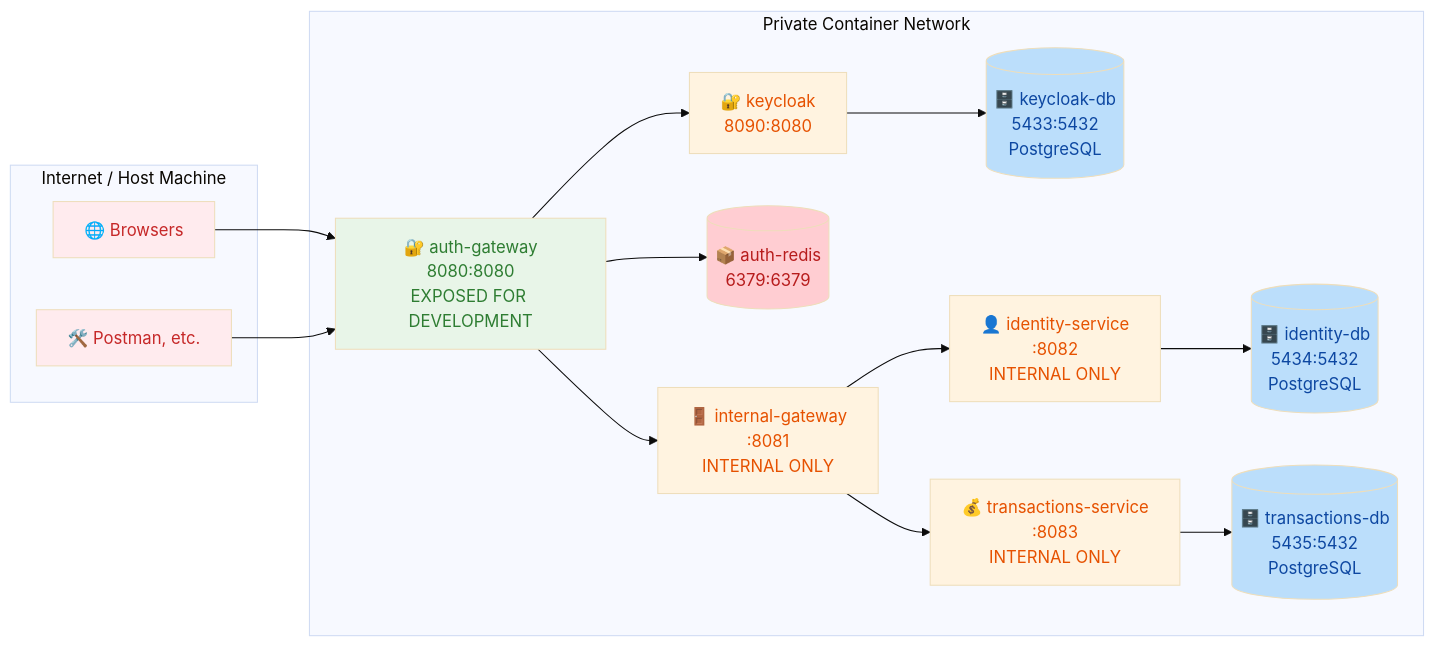
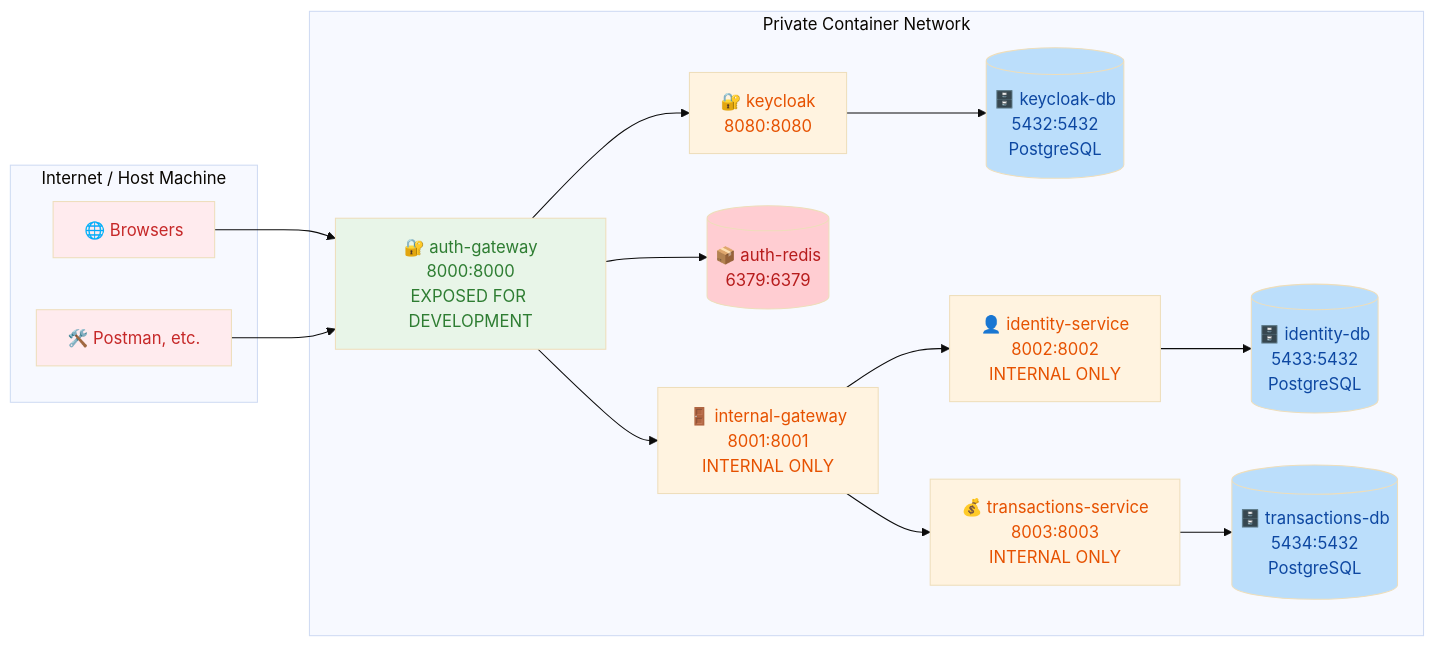
The diagram in diagrams/docker-architecture.md (beaverio/infrastructure), drawn with Mermaid (base theme) before and after one commit. The commit also changed other lines of this file, not shown here.

````diff
--- a/diagrams/docker-architecture.md
+++ b/diagrams/docker-architecture.md
@@ -7,50 +7,50 @@
 ```mermaid
 graph LR
     subgraph "Internet / Host Machine"
         Browsers[🌐 Browsers]
         DevTools[🛠️ Postman, etc.]
     end
 
     subgraph "Private Container Network"
-        AuthGateway["🔐 auth-gateway<br/>8080:8080<br/>EXPOSED FOR DEVELOPMENT"]
+        AuthGateway["🔐 auth-gateway<br/>8000:8000<br/>EXPOSED FOR DEVELOPMENT"]
 
-        Keycloak[🔐 keycloak<br/>8090:8080]
-        KeycloakDB[(🗄️ keycloak-db<br/>5433:5432<br/>PostgreSQL)]
+        Keycloak[🔐 keycloak<br/>8080:8080]
+        KeycloakDB[(🗄️ keycloak-db<br/>5432:5432<br/>PostgreSQL)]
         AuthRedis[(📦 auth-redis<br/>6379:6379)]
 
-        InternalGateway[🚪 internal-gateway<br/>:8081<br/>INTERNAL ONLY]
+        InternalGateway[🚪 internal-gateway<br/>8001:8001<br/>INTERNAL ONLY]
 
-        Identity[👤 identity-service<br/>:8082<br/>INTERNAL ONLY]
-        Transactions[💰 transactions-service<br/>:8083<br/>INTERNAL ONLY]
+        Identity[👤 identity-service<br/>8002:8002<br/>INTERNAL ONLY]
+        Transactions[💰 transactions-service<br/>8003:8003<br/>INTERNAL ONLY]
 
-        IdentityDB[(🗄️ identity-db<br/>5434:5432<br/>PostgreSQL)]
-        TransactionsDB[(🗄️ transactions-db<br/>5435:5432<br/>PostgreSQL)]
+        IdentityDB[(🗄️ identity-db<br/>5433:5432<br/>PostgreSQL)]
+        TransactionsDB[(🗄️ transactions-db<br/>5434:5432<br/>PostgreSQL)]
     end
 
     Browsers --> AuthGateway
     DevTools --> AuthGateway
 
     AuthGateway --> Keycloak
     AuthGateway --> InternalGateway
     AuthGateway --> AuthRedis
 
     InternalGateway --> Identity
     InternalGateway --> Transactions
 
     Identity --> IdentityDB
     Transactions --> TransactionsDB
 
     Keycloak --> KeycloakDB
 
     classDef internet fill:#ffebee,color:#c62828
     classDef auth fill:#e8f5e8,color:#2e7d32
     classDef internal fill:#fff3e0,color:#e65100
     classDef database fill:#bbdefb,color:#0d47a1
     classDef cache fill:#ffcdd2,color:#b71c1c
 
     class Browsers,DevTools internet
     class AuthGateway auth
     class Keycloak,InternalGateway,Identity,Transactions internal
     class IdentityDB,TransactionsDB,KeycloakDB database
     class AuthRedis cache
 ```
````
